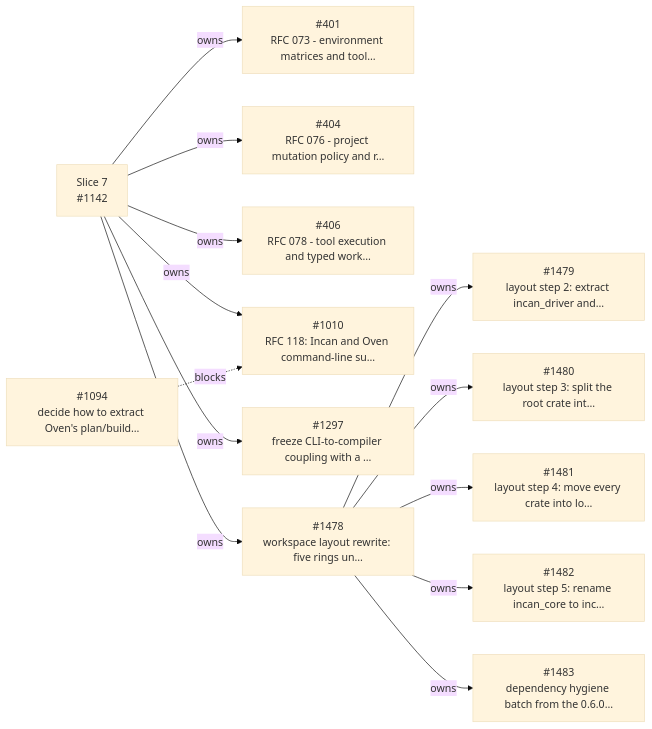
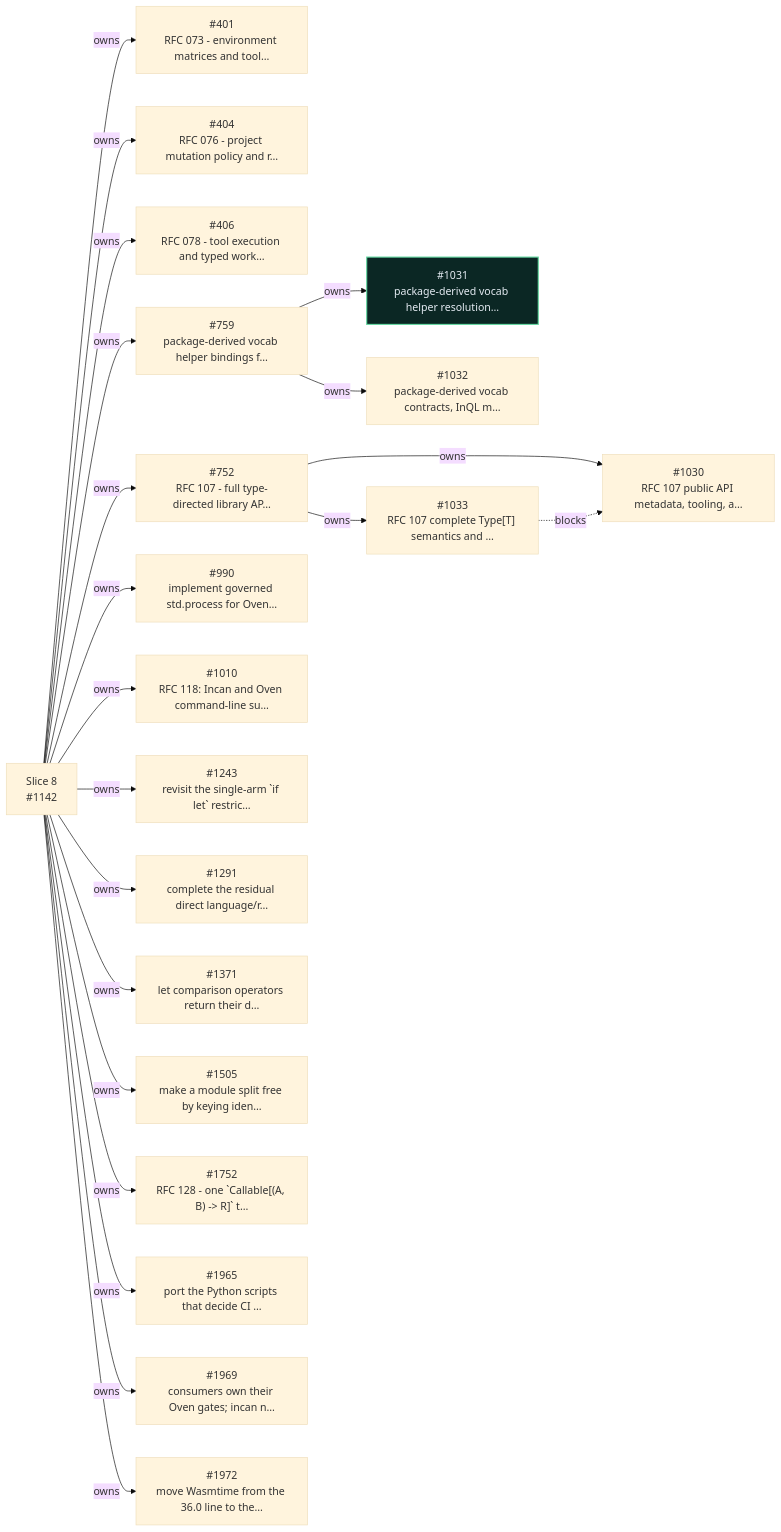
One commit to encero-systems/incan changed the eighth of 12 diagrams in workspaces/docs-site/docs/_snippets/project/v0_6_roadmap.md. Above: the diagram before and after it, drawn with Mermaid (base theme). The commit also changed other lines of this file and 2 other files, not shown here.

First line of the commit message:
docs - 1561 refresh the v0.6 roadmap and show Slice 7 (#2051)

````diff
--- a/workspaces/docs-site/docs/_snippets/project/v0_6_roadmap.md
+++ b/workspaces/docs-site/docs/_snippets/project/v0_6_roadmap.md
@@ -464,41 +829,65 @@
 ```mermaid
 flowchart LR
   i401["#401<br/>RFC 073 - environment matrices and tool…"]
   i404["#404<br/>RFC 076 - project mutation policy and r…"]
   i406["#406<br/>RFC 078 - tool execution and typed work…"]
+  i752["#752<br/>RFC 107 - full type-directed library AP…"]
+  i759["#759<br/>package-derived vocab helper bindings f…"]
+  i990["#990<br/>implement governed std.process for Oven…"]
   i1010["#1010<br/>RFC 118: Incan and Oven command-line su…"]
-  i1094["#1094<br/>decide how to extract Oven's plan/build…"]
-  s1142["Slice 7<br/>#1142"]
-  i1297["#1297<br/>freeze CLI-to-compiler coupling with a …"]
-  i1478["#1478<br/>workspace layout rewrite: five rings un…"]
-  i1479["#1479<br/>layout step 2: extract incan_driver and…"]
-  i1480["#1480<br/>layout step 3: split the root crate int…"]
-  i1481["#1481<br/>layout step 4: move every crate into lo…"]
-  i1482["#1482<br/>layout step 5: rename incan_core to inc…"]
-  i1483["#1483<br/>dependency hygiene batch from the 0.6.0…"]
+  i1030["#1030<br/>RFC 107 public API metadata, tooling, a…"]
+  i1031["#1031<br/>package-derived vocab helper resolution…"]
+  i1032["#1032<br/>package-derived vocab contracts, InQL m…"]
+  i1033["#1033<br/>RFC 107 complete Type[T] semantics and …"]
+  s1142["Slice 8<br/>#1142"]
+  i1243["#1243<br/>revisit the single-arm `if let` restric…"]
+  i1291["#1291<br/>complete the residual direct language/r…"]
+  i1371["#1371<br/>let comparison operators return their d…"]
+  i1505["#1505<br/>make a module split free by keying iden…"]
+  i1752["#1752<br/>RFC 128 - one `Callable[(A, B) -> R]` t…"]
+  i1965["#1965<br/>port the Python scripts that decide CI …"]
+  i1969["#1969<br/>consumers own their Oven gates; incan n…"]
+  i1972["#1972<br/>move Wasmtime from the 36.0 line to the…"]
   s1142 -- owns --> i401
   s1142 -- owns --> i404
   s1142 -- owns --> i406
+  s1142 -- owns --> i752
+  s1142 -- owns --> i759
+  s1142 -- owns --> i990
   s1142 -- owns --> i1010
-  s1142 -- owns --> i1297
-  s1142 -- owns --> i1478
-  i1478 -- owns --> i1479
-  i1478 -- owns --> i1480
-  i1478 -- owns --> i1481
-  i1478 -- owns --> i1482
-  i1478 -- owns --> i1483
-  i1094 -. blocks .-> i1010
+  i752 -- owns --> i1030
+  i759 -- owns --> i1031
+  i759 -- owns --> i1032
+  i752 -- owns --> i1033
+  s1142 -- owns --> i1243
+  s1142 -- owns --> i1291
+  s1142 -- owns --> i1371
+  s1142 -- owns --> i1505
+  s1142 -- owns --> i1752
+  s1142 -- owns --> i1965
+  s1142 -- owns --> i1969
+  s1142 -- owns --> i1972
+  i1033 -. blocks .-> i1030
+  classDef incv06complete fill:#0b2724,stroke:#66d9a3,color:#e4ebf2,stroke-width:1.7px
+  class i1031 incv06complete
   click i401 href "https://github.com/encero-systems/incan/issues/401" "Open #401 on GitHub"
   click i404 href "https://github.com/encero-systems/incan/issues/404" "Open #404 on GitHub"
   click i406 href "https://github.com/encero-systems/incan/issues/406" "Open #406 on GitHub"
+  click i752 href "https://github.com/encero-systems/incan/issues/752" "Open #752 on GitHub"
+  click i759 href "https://github.com/encero-systems/incan/issues/759" "Open #759 on GitHub"
+  click i990 href "https://github.com/encero-systems/incan/issues/990" "Open #990 on GitHub"
   click i1010 href "https://github.com/encero-systems/incan/issues/1010" "Open #1010 on GitHub"
-  click i1094 href "https://github.com/encero-systems/incan/issues/1094" "Open #1094 on GitHub"
+  click i1030 href "https://github.com/encero-systems/incan/issues/1030" "Open #1030 on GitHub"
+  click i1031 href "https://github.com/encero-systems/incan/issues/1031" "Open #1031 on GitHub"
+  click i1032 href "https://github.com/encero-systems/incan/issues/1032" "Open #1032 on GitHub"
+  click i1033 href "https://github.com/encero-systems/incan/issues/1033" "Open #1033 on GitHub"
   click s1142 href "https://github.com/encero-systems/incan/issues/1142" "Open #1142 on GitHub"
-  click i1297 href "https://github.com/encero-systems/incan/issues/1297" "Open #1297 on GitHub"
-  click i1478 href "https://github.com/encero-systems/incan/issues/1478" "Open #1478 on GitHub"
-  click i1479 href "https://github.com/encero-systems/incan/issues/1479" "Open #1479 on GitHub"
-  click i1480 href "https://github.com/encero-systems/incan/issues/1480" "Open #1480 on GitHub"
-  click i1481 href "https://github.com/encero-systems/incan/issues/1481" "Open #1481 on GitHub"
-  click i1482 href "https://github.com/encero-systems/incan/issues/1482" "Open #1482 on GitHub"
-  click i1483 href "https://github.com/encero-systems/incan/issues/1483" "Open #1483 on GitHub"
+  click i1243 href "https://github.com/encero-systems/incan/issues/1243" "Open #1243 on GitHub"
+  click i1291 href "https://github.com/encero-systems/incan/issues/1291" "Open #1291 on GitHub"
+  click i1371 href "https://github.com/encero-systems/incan/issues/1371" "Open #1371 on GitHub"
+  click i1505 href "https://github.com/encero-systems/incan/issues/1505" "Open #1505 on GitHub"
+  click i1752 href "https://github.com/encero-systems/incan/issues/1752" "Open #1752 on GitHub"
+  click i1965 href "https://github.com/encero-systems/incan/issues/1965" "Open #1965 on GitHub"
+  click i1969 href "https://github.com/encero-systems/incan/issues/1969" "Open #1969 on GitHub"
+  click i1972 href "https://github.com/encero-systems/incan/issues/1972" "Open #1972 on GitHub"
 ```
````
